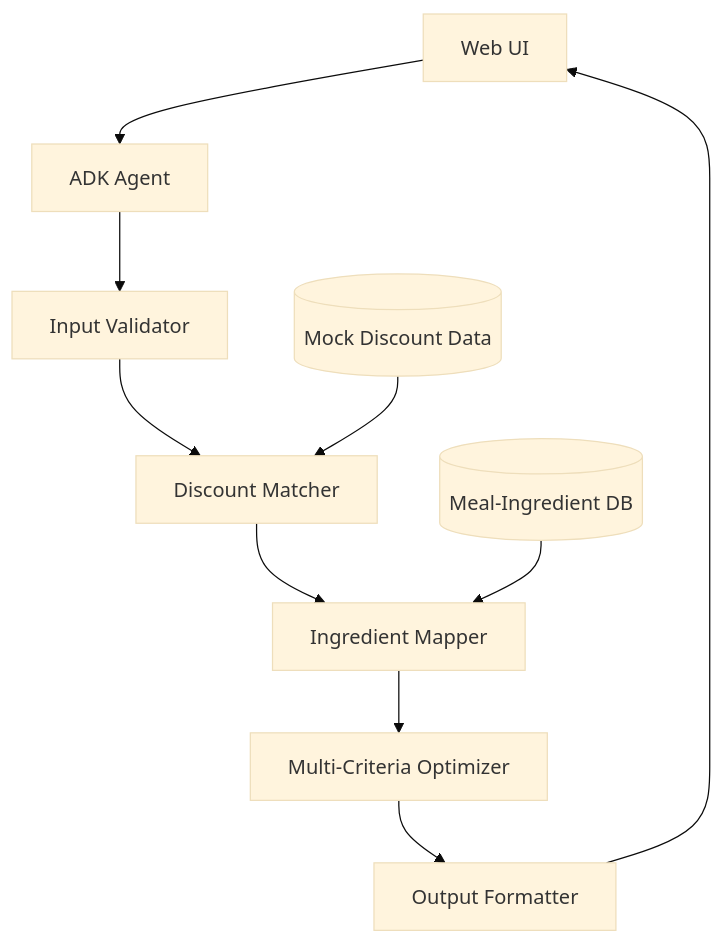
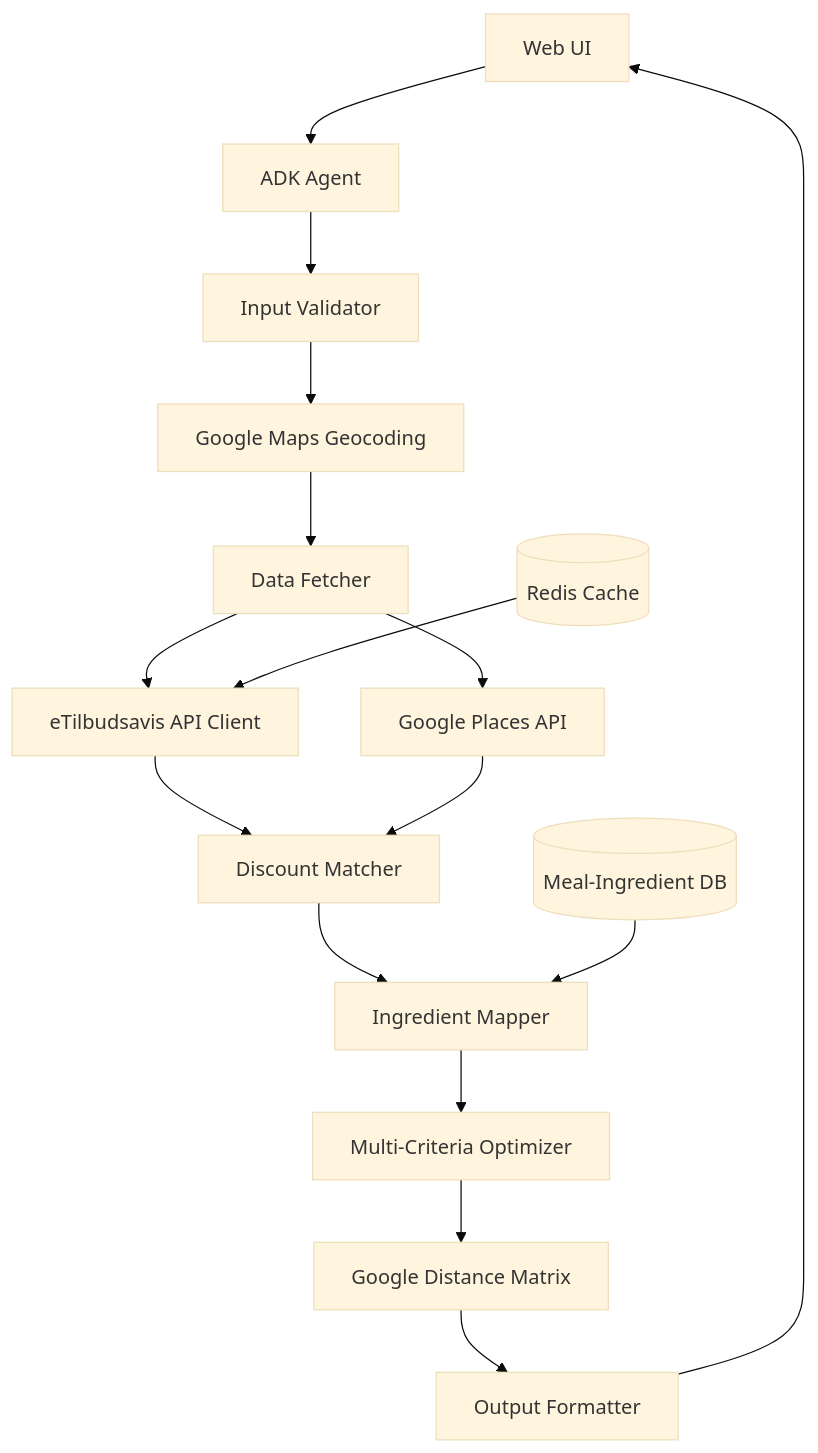
Before and after one commit to marcelsafin/dicountOptimizer: the diagram in .kiro/specs/shopping-optimizer/design.md, drawn with Mermaid (base theme). The commit also changed other lines of this file and 10 other files, not shown here.

First line of the commit message:
feat(discount-optimizer): Implement Google Maps and Salling Group API integrations

````diff
--- a/.kiro/specs/shopping-optimizer/design.md
+++ b/.kiro/specs/shopping-optimizer/design.md
@@ -13,13 +13,22 @@
 ```mermaid
 graph TB
     UI[Web UI] --> Agent[ADK Agent]
     Agent --> InputValidator[Input Validator]
-    InputValidator --> DiscountMatcher[Discount Matcher]
+    InputValidator --> GeocodingService[Google Maps Geocoding]
+    GeocodingService --> DataFetcher[Data Fetcher]
+    
+    DataFetcher --> ETilbudsavisAPI[eTilbudsavis API Client]
+    DataFetcher --> GooglePlaces[Google Places API]
+    
+    ETilbudsavisAPI --> DiscountMatcher[Discount Matcher]
+    GooglePlaces --> DiscountMatcher
+    
     DiscountMatcher --> IngredientMapper[Ingredient Mapper]
     IngredientMapper --> Optimizer[Multi-Criteria Optimizer]
-    Optimizer --> OutputFormatter[Output Formatter]
+    Optimizer --> DistanceCalculator[Google Distance Matrix]
+    DistanceCalculator --> OutputFormatter[Output Formatter]
     OutputFormatter --> UI
     
-    DiscountData[(Mock Discount Data)] --> DiscountMatcher
+    Cache[(Redis Cache)] --> ETilbudsavisAPI
     MealDatabase[(Meal-Ingredient DB)] --> IngredientMapper
 ```
````
